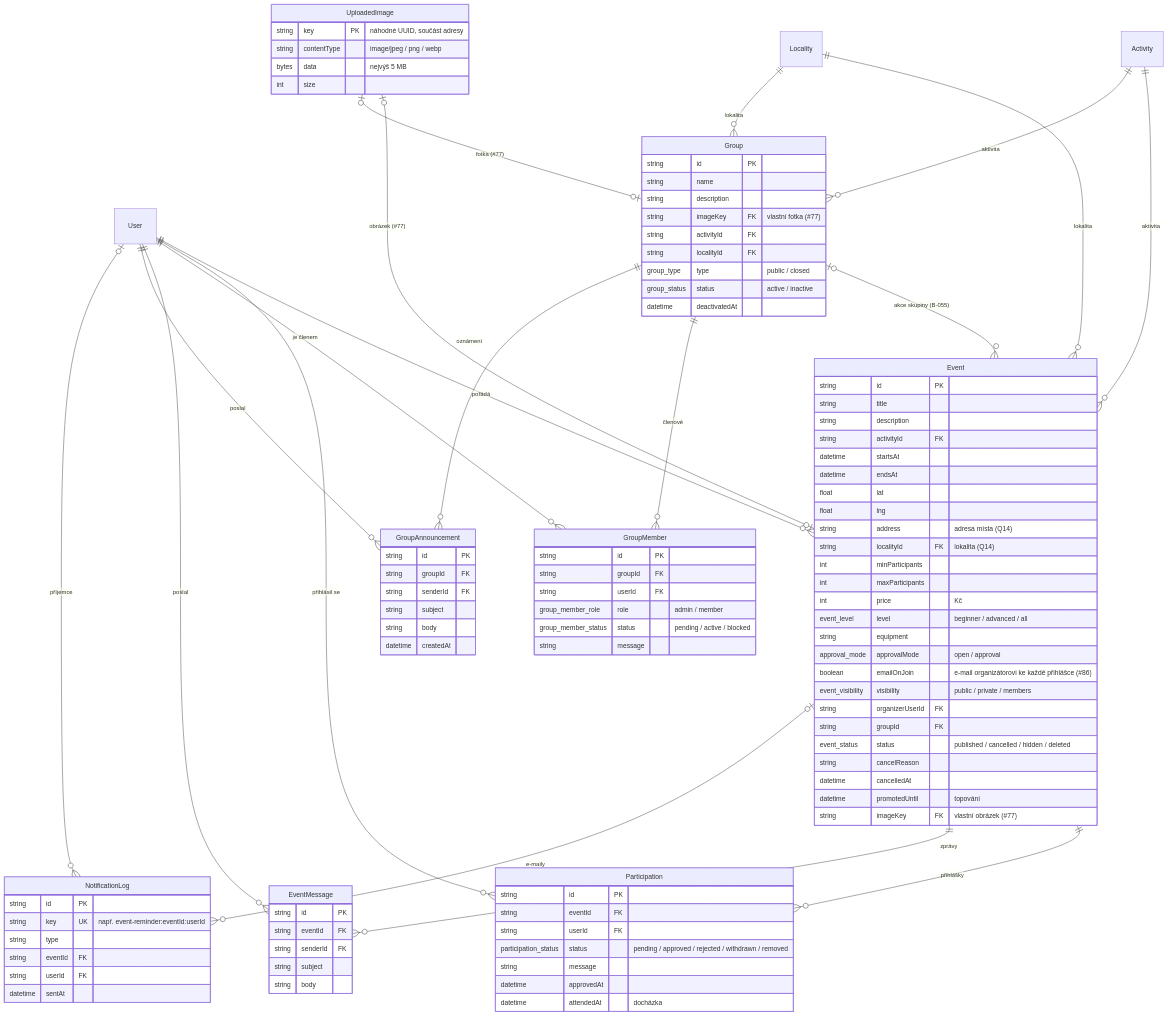
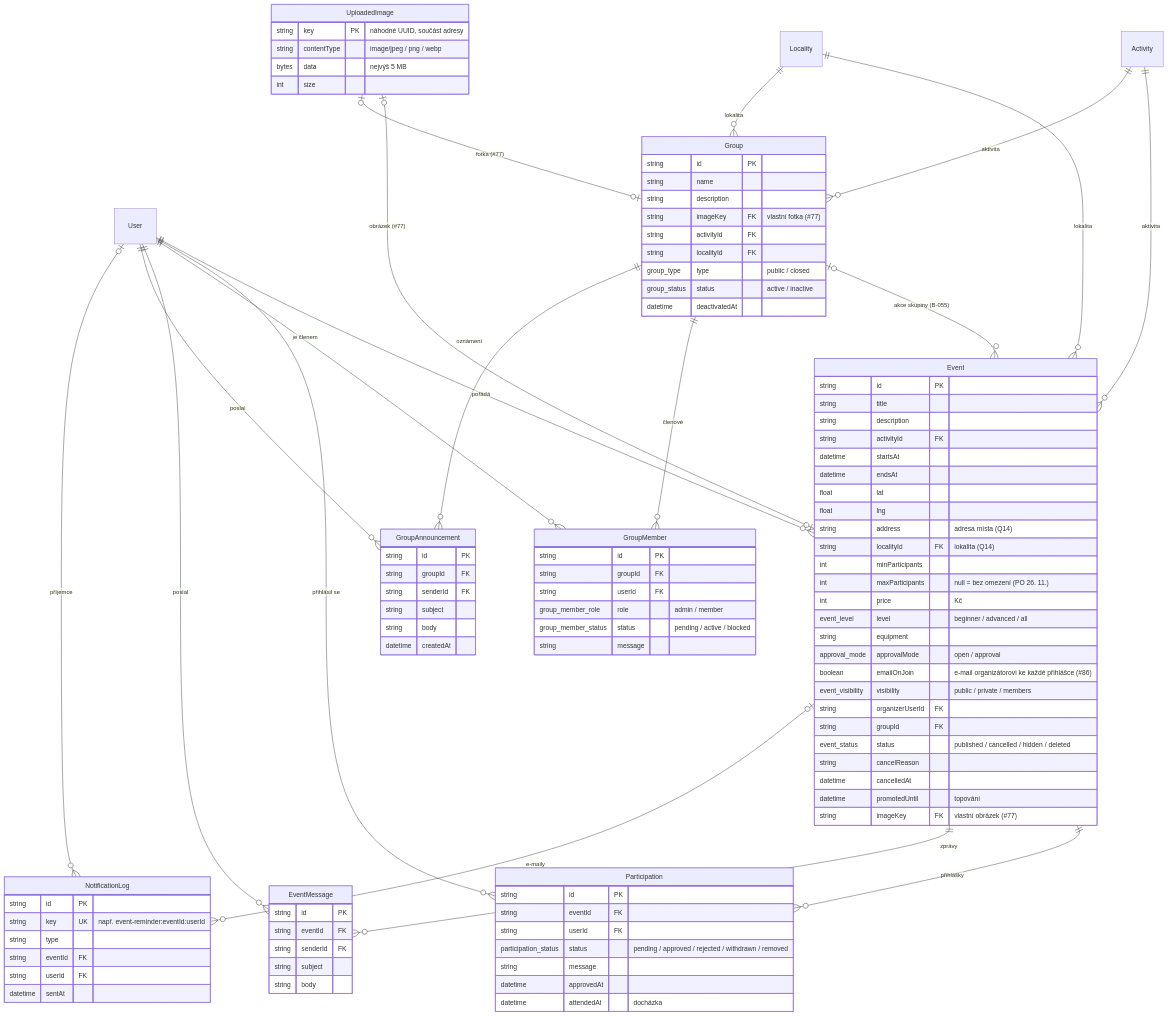
The second of 3 diagrams in docs/datovy-model.md (applifting-vsecourse/team-3), drawn with Mermaid before and after one commit. The commit also changed 28 other files, not shown here.

First line of the commit message:
feat(events): maximum účastníků je nepovinné, prázdné = bez omezení (#424)

```diff
--- a/docs/datovy-model.md
+++ b/docs/datovy-model.md
@@ -133,7 +133,7 @@
         string address "adresa místa (Q14)"
         string localityId FK "lokalita (Q14)"
         int minParticipants
-        int maxParticipants
+        int maxParticipants "null = bez omezení (PO 26. 11.)"
         int price "Kč"
         event_level level "beginner / advanced / all"
         string equipment
```
